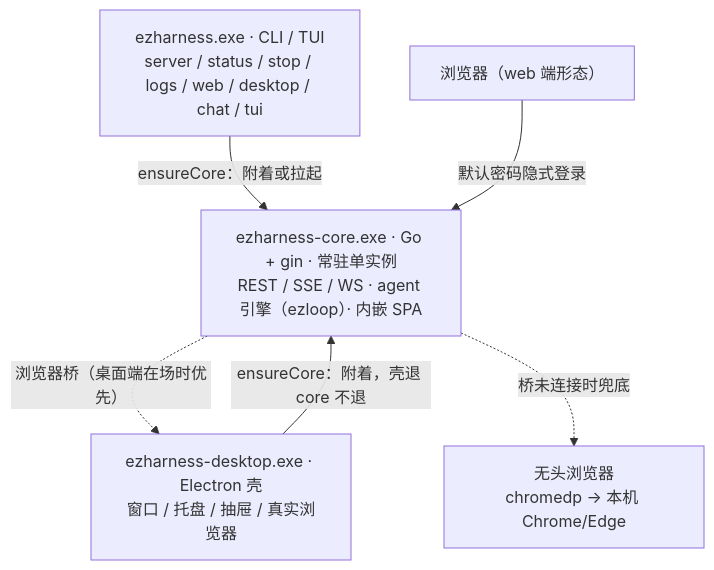
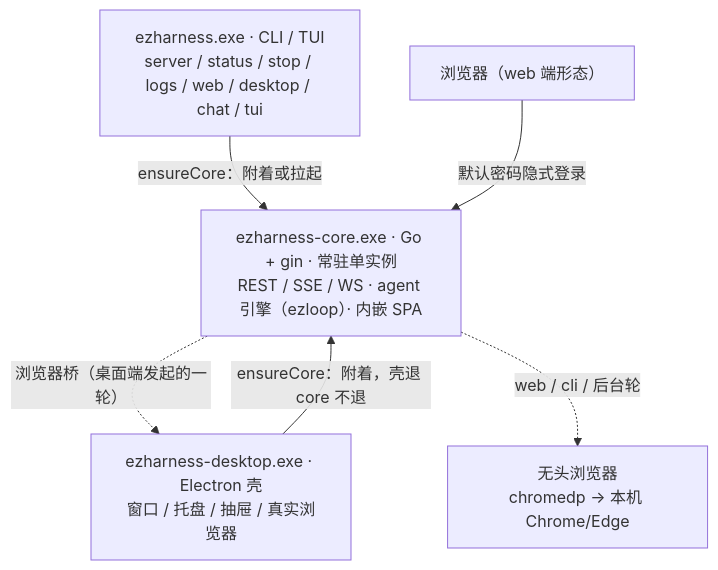
The diagram in README.md (xuanlv2002/ezharness), drawn with Mermaid before and after one commit. The commit also changed 14 other files, not shown here.

Commit message:
fix(core): 浏览器后端按轮的来源端选，web/cli/后台轮不再落到桌面桥

````diff
--- a/README.md
+++ b/README.md
@@ -92,13 +92,13 @@
 ```mermaid
 flowchart TB
     CLI["ezharness.exe · CLI / TUI<br/>server / status / stop / logs / web / desktop / chat / tui"]
     DESK["ezharness-desktop.exe · Electron 壳<br/>窗口 / 托盘 / 抽屉 / 真实浏览器"]
     WEB["浏览器（web 端形态）"]
     CORE["ezharness-core.exe · Go + gin · 常驻单实例<br/>REST / SSE / WS · agent 引擎（ezloop）· 内嵌 SPA"]
     HE["无头浏览器<br/>chromedp → 本机 Chrome/Edge"]
     CLI -- "ensureCore：附着或拉起" --> CORE
     DESK -- "ensureCore：附着，壳退 core 不退" --> CORE
     WEB -- "默认密码隐式登录" --> CORE
-    CORE -. "浏览器桥（桌面端在场时优先）" .-> DESK
-    CORE -. "桥未连接时兜底" .-> HE
+    CORE -. "浏览器桥（桌面端发起的一轮）" .-> DESK
+    CORE -. "web / cli / 后台轮" .-> HE
 ```
````
